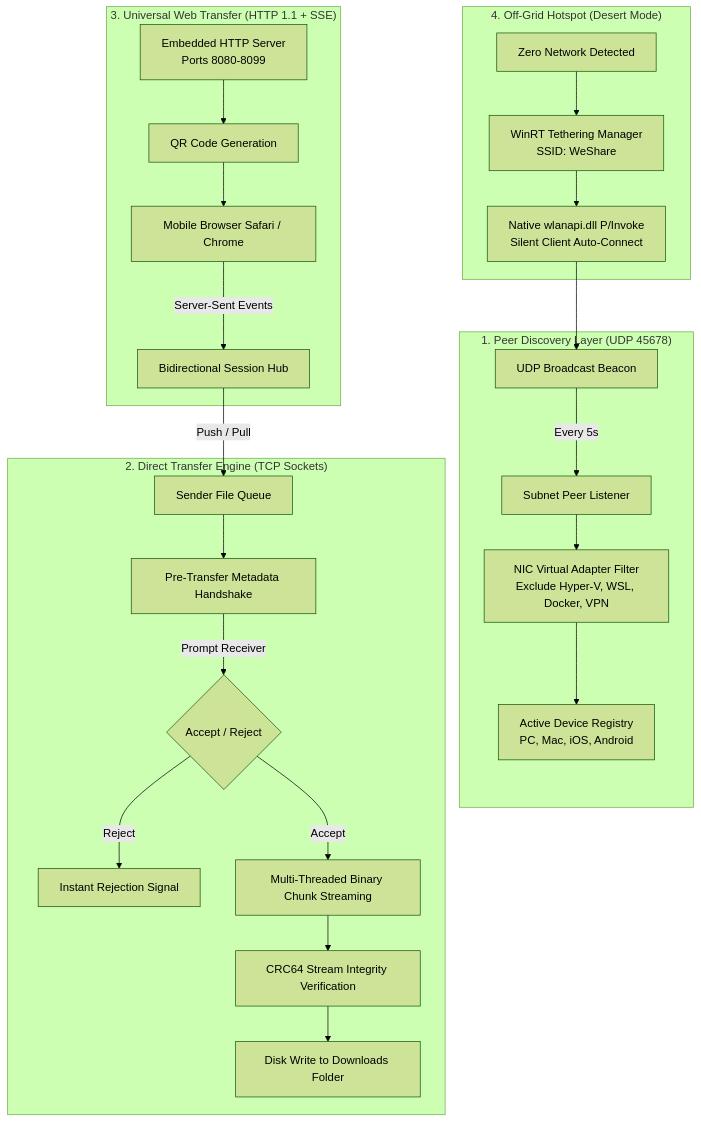
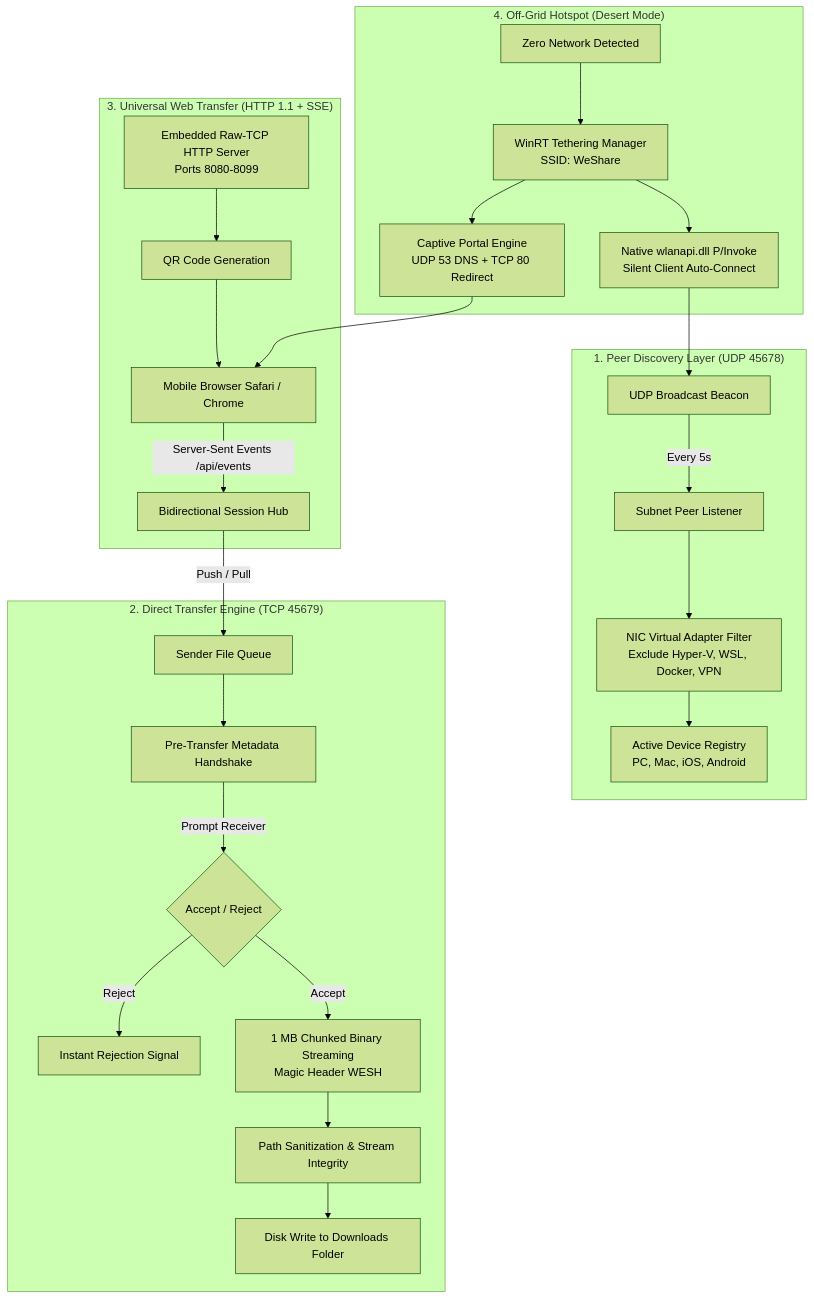
Before and after one commit to sowmiyan-s/We-Share: the diagram in README.md, drawn with Mermaid (forest theme). The commit also changed other lines of this file and 5 other files, not shown here.

````diff
--- a/README.md
+++ b/README.md
@@ -72,30 +88,32 @@
 ```mermaid
 flowchart TD
     subgraph Discovery ["1. Peer Discovery Layer (UDP 45678)"]
         A[UDP Broadcast Beacon] -->|Every 5s| B[Subnet Peer Listener]
         B --> C[NIC Virtual Adapter Filter\nExclude Hyper-V, WSL, Docker, VPN]
         C --> D[Active Device Registry\nPC, Mac, iOS, Android]
     end
 
-    subgraph TransferEngine ["2. Direct Transfer Engine (TCP Sockets)"]
+    subgraph TransferEngine ["2. Direct Transfer Engine (TCP 45679)"]
         E[Sender File Queue] --> F[Pre-Transfer Metadata Handshake]
         F -->|Prompt Receiver| G{Accept / Reject}
         G -->|Reject| H[Instant Rejection Signal]
-        G -->|Accept| I[Multi-Threaded Binary Chunk Streaming]
-        I --> J[CRC64 Stream Integrity Verification]
+        G -->|Accept| I[1 MB Chunked Binary Streaming\nMagic Header WESH]
+        I --> J[Path Sanitization & Stream Integrity]
         J --> K[Disk Write to Downloads Folder]
     end
 
     subgraph WebPortal ["3. Universal Web Transfer (HTTP 1.1 + SSE)"]
-        L[Embedded HTTP Server\nPorts 8080-8099] --> M[QR Code Generation]
+        L[Embedded Raw-TCP HTTP Server\nPorts 8080-8099] --> M[QR Code Generation]
         M --> N[Mobile Browser Safari / Chrome]
-        N -->|Server-Sent Events| O[Bidirectional Session Hub]
+        N -->|Server-Sent Events /api/events| O[Bidirectional Session Hub]
         O -->|Push / Pull| E
     end
 
     subgraph Desert ["4. Off-Grid Hotspot (Desert Mode)"]
         P[Zero Network Detected] --> Q[WinRT Tethering Manager\nSSID: WeShare]
         Q --> R[Native wlanapi.dll P/Invoke\nSilent Client Auto-Connect]
+        Q --> S[Captive Portal Engine\nUDP 53 DNS + TCP 80 Redirect]
         R --> A
+        S --> N
     end
 ```
````
